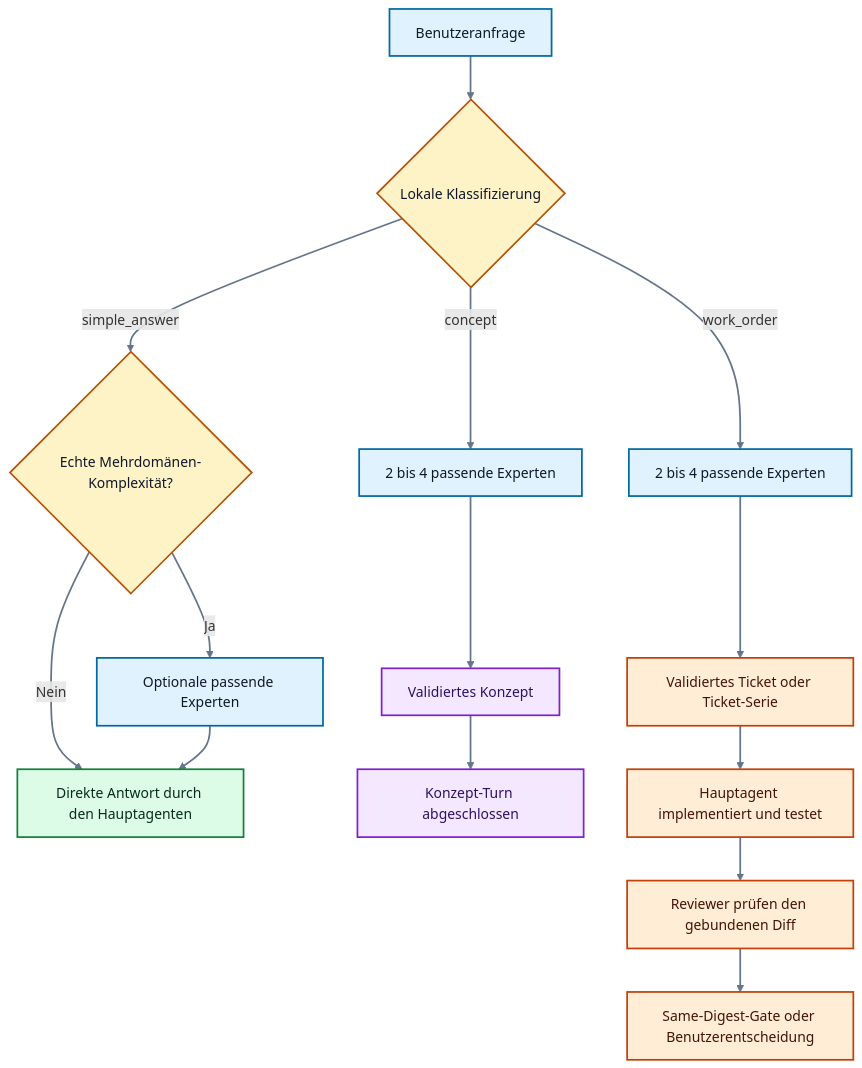
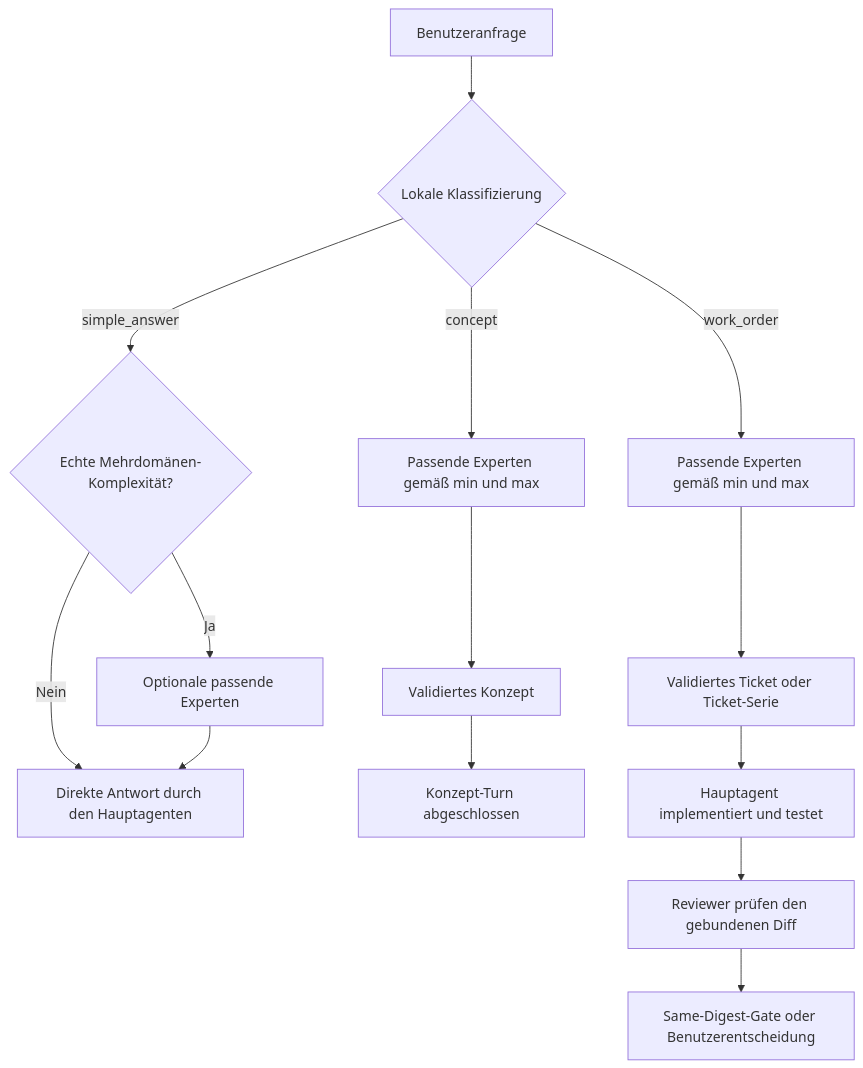
The first of 3 diagrams in docs/codex-extended-workflow/03-workflow.md (mikmann/own-codex), drawn with Mermaid before and after one commit. The commit also changed other lines of this file and 13 other files, not shown here.

````diff
--- a/docs/codex-extended-workflow/03-workflow.md
+++ b/docs/codex-extended-workflow/03-workflow.md
@@ -30,31 +32,18 @@
 ```mermaid
 flowchart TD
     A["Benutzeranfrage"] --> B{"Lokale Klassifizierung"}
     B -->|"simple_answer"| S0{"Echte Mehrdomänen-Komplexität?"}
     S0 -->|"Nein"| S1["Direkte Antwort durch den Hauptagenten"]
     S0 -->|"Ja"| S2["Optionale passende Experten"]
     S2 --> S1
 
-    B -->|"concept"| C1["2 bis 4 passende Experten"]
+    B -->|"concept"| C1["Passende Experten gemäß min und max"]
     C1 --> C2["Validiertes Konzept"]
     C2 --> C3["Konzept-Turn abgeschlossen"]
 
-    B -->|"work_order"| W1["2 bis 4 passende Experten"]
+    B -->|"work_order"| W1["Passende Experten gemäß min und max"]
     W1 --> W2["Validiertes Ticket oder Ticket-Serie"]
     W2 --> W3["Hauptagent implementiert und testet"]
     W3 --> W4["Reviewer prüfen den gebundenen Diff"]
     W4 --> W5["Same-Digest-Gate oder Benutzerentscheidung"]
-
-    classDef step fill:#e0f2fe,stroke:#0369a1,color:#0f172a,stroke-width:2px;
-    classDef gate fill:#fef3c7,stroke:#b45309,color:#0f172a,stroke-width:2px;
-    classDef answer fill:#dcfce7,stroke:#15803d,color:#052e16,stroke-width:2px;
-    classDef concept fill:#f3e8ff,stroke:#7e22ce,color:#2e1065,stroke-width:2px;
-    classDef work fill:#ffedd5,stroke:#c2410c,color:#431407,stroke-width:2px;
-
-    class A,S2,C1,W1 step;
-    class B,S0 gate;
-    class S1 answer;
-    class C2,C3 concept;
-    class W2,W3,W4,W5 work;
-    linkStyle default stroke:#64748b,stroke-width:2px;
 ```
````
